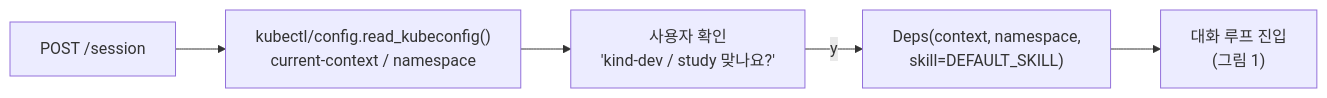
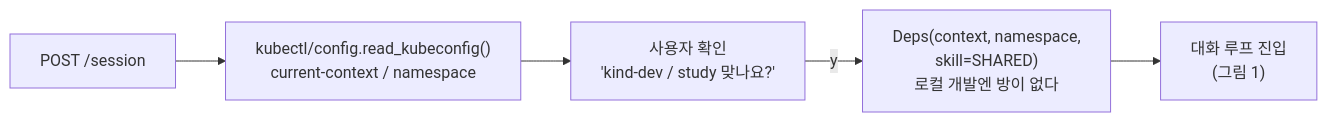
One commit to durokukie/agent changed the third of 3 diagrams in docs/agent-flow.md. Above: the diagram before and after it, drawn with Mermaid. The commit also changed other lines of this file and 36 other files, not shown here.

````diff
--- a/docs/agent-flow.md
+++ b/docs/agent-flow.md
@@ -92,7 +92,7 @@
 ```mermaid
 flowchart LR
     S["POST /session"] --> K["kubectl/config.read_kubeconfig()<br/>current-context / namespace"]
     K --> C["사용자 확인<br/>'kind-dev / study 맞나요?'"]
-    C -->|"y"| D["Deps(context, namespace,<br/>skill=DEFAULT_SKILL)"]
+    C -->|"y"| D["Deps(context, namespace,<br/>skill=SHARED)<br/>로컬 개발엔 방이 없다"]
     D --> LOOP["대화 루프 진입<br/>(그림 1)"]
 ```
````
